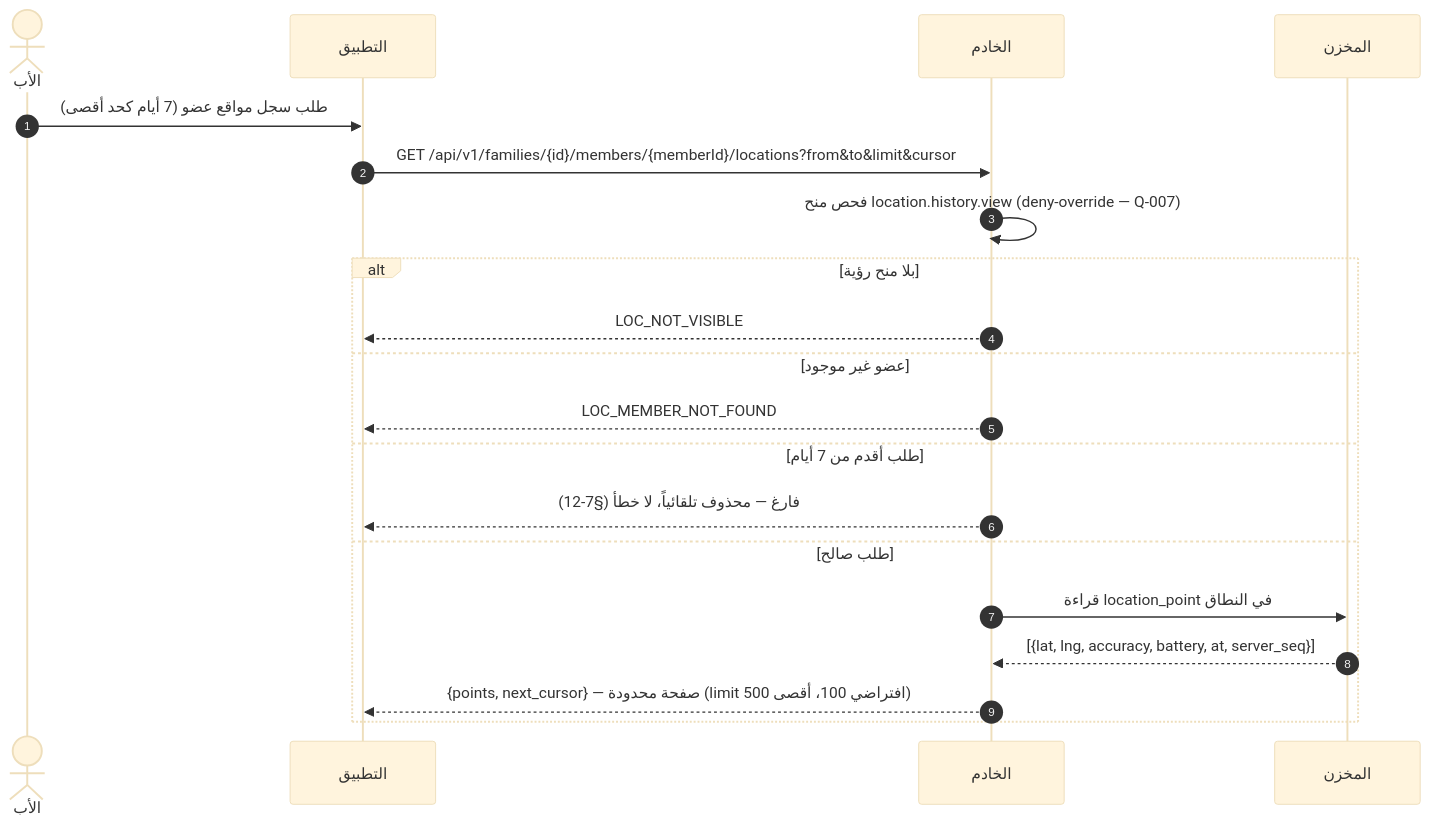
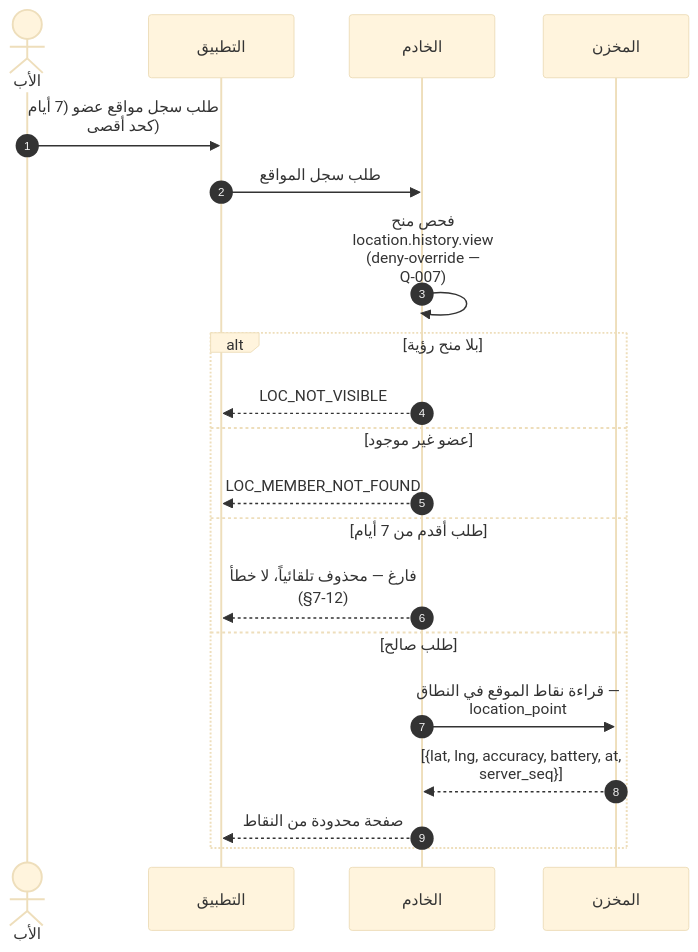
Diagram 12 of 30 in docs/family-os/governance/phases/phase-1/S1-07-location-basic/DIAGRAMS.md (Bassam-mohammed-alqaeadi/family-os-v2), drawn with Mermaid (base theme) before and after one commit. The commit also changed other lines of this file, not shown here.

````diff
--- a/docs/family-os/governance/phases/phase-1/S1-07-location-basic/DIAGRAMS.md
+++ b/docs/family-os/governance/phases/phase-1/S1-07-location-basic/DIAGRAMS.md
@@ -426,22 +498,23 @@
 ```mermaid
+    %%{init: {"sequence": {"wrap": true}}}%%
 sequenceDiagram
     autonumber
     actor Father as الأب
-    participant Flutter as التطبيق
+    participant App as التطبيق
     participant Ktor as الخادم
     participant PG as المخزن
-    Father->>Flutter: طلب سجل مواقع عضو (7 أيام كحد أقصى)
-    Flutter->>Ktor: GET /api/v1/families/{id}/members/{memberId}/locations?from&to&limit&cursor
+    Father->>App: طلب سجل مواقع عضو (7 أيام كحد أقصى)
+    App->>Ktor: طلب سجل المواقع
     Ktor->>Ktor: فحص منح location.history.view (deny-override — Q-007)
     alt بلا منح رؤية
-        Ktor-->>Flutter: LOC_NOT_VISIBLE
+        Ktor-->>App: LOC_NOT_VISIBLE
     else عضو غير موجود
-        Ktor-->>Flutter: LOC_MEMBER_NOT_FOUND
+        Ktor-->>App: LOC_MEMBER_NOT_FOUND
     else طلب أقدم من 7 أيام
-        Ktor-->>Flutter: فارغ — محذوف تلقائياً، لا خطأ (§7-12)
+        Ktor-->>App: فارغ — محذوف تلقائياً، لا خطأ (§7-12)
     else طلب صالح
-        Ktor->>PG: قراءة location_point في النطاق
+        Ktor->>PG: قراءة نقاط الموقع في النطاق — location_point
         PG-->>Ktor: [{lat, lng, accuracy, battery, at, server_seq}]
-        Ktor-->>Flutter: {points, next_cursor} — صفحة محدودة (limit افتراضي 100، أقصى 500)
+        Ktor-->>App: صفحة محدودة من النقاط
     end
 ```
````
